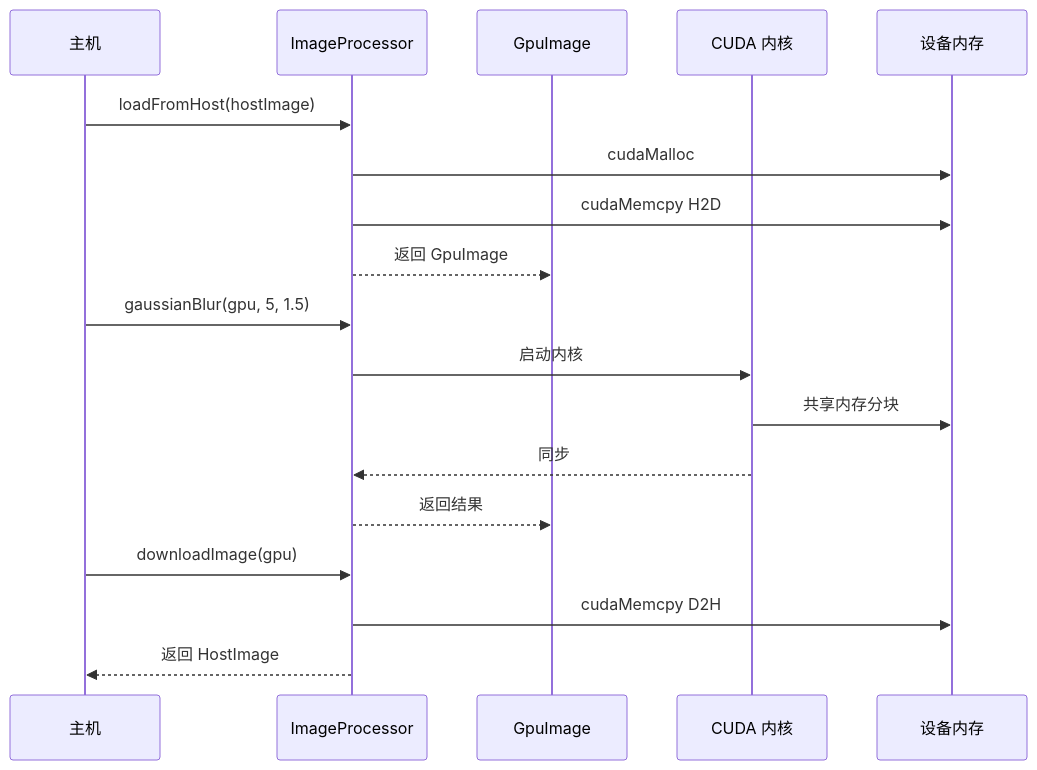
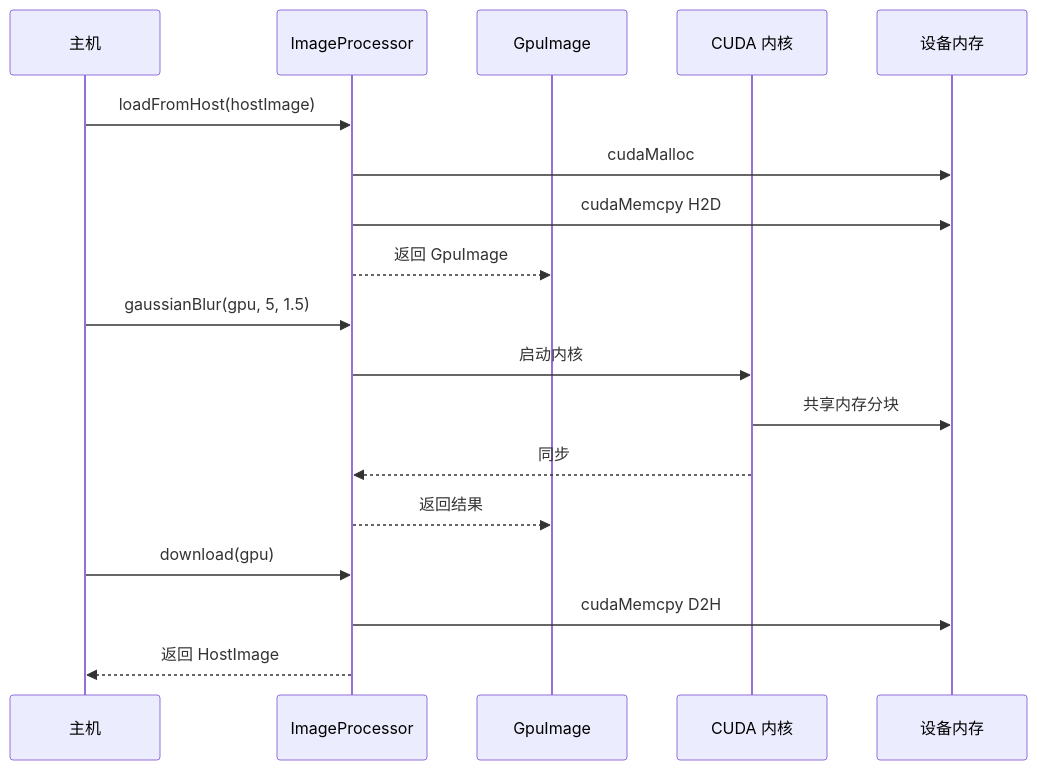
One commit to vibe-knight/cudaimg changed the second of 4 diagrams in docs/zh/architecture/overview.md. Above: the diagram before and after it, drawn with Mermaid. The commit also changed other lines of this file and 87 other files, not shown here.

````diff
--- a/docs/zh/architecture/overview.md
+++ b/docs/zh/architecture/overview.md
@@ -81,23 +103,23 @@
 ```mermaid
 sequenceDiagram
     participant H as 主机
     participant P as ImageProcessor
     participant G as GpuImage
     participant K as CUDA 内核
     participant D as 设备内存
     
     H->>P: loadFromHost(hostImage)
     P->>D: cudaMalloc
     P->>D: cudaMemcpy H2D
     P-->>G: 返回 GpuImage
     
     H->>P: gaussianBlur(gpu, 5, 1.5)
     P->>K: 启动内核
     K->>D: 共享内存分块
     K-->>P: 同步
     P-->>G: 返回结果
     
-    H->>P: downloadImage(gpu)
+    H->>P: download(gpu)
     P->>D: cudaMemcpy D2H
     P-->>H: 返回 HostImage
 ```
````
